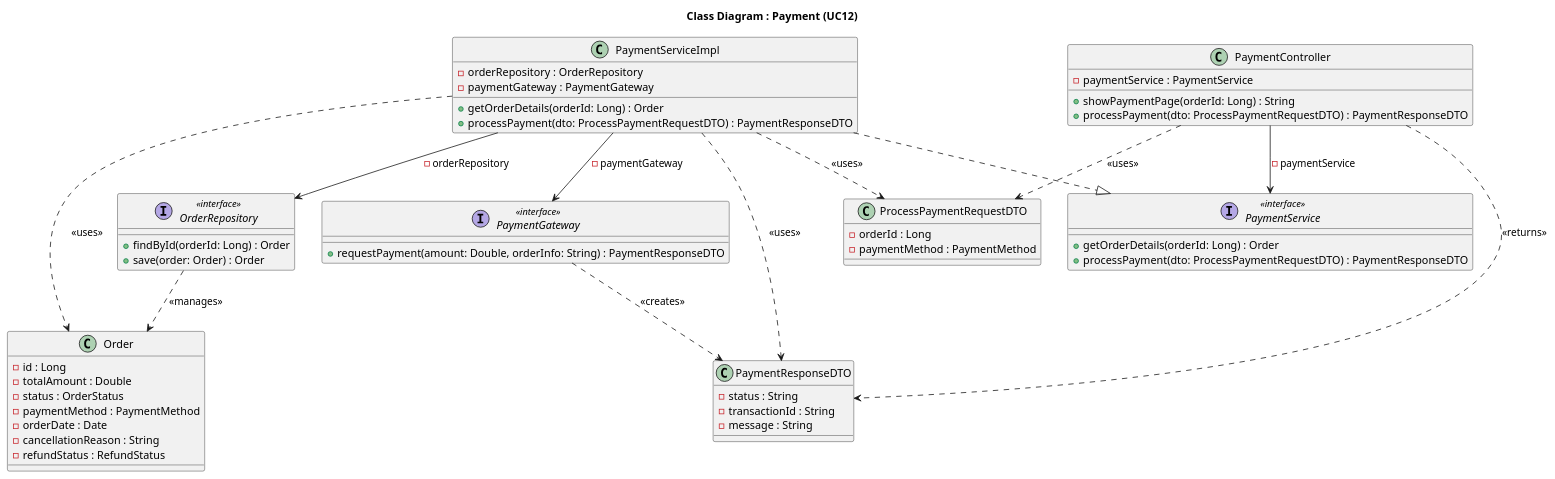
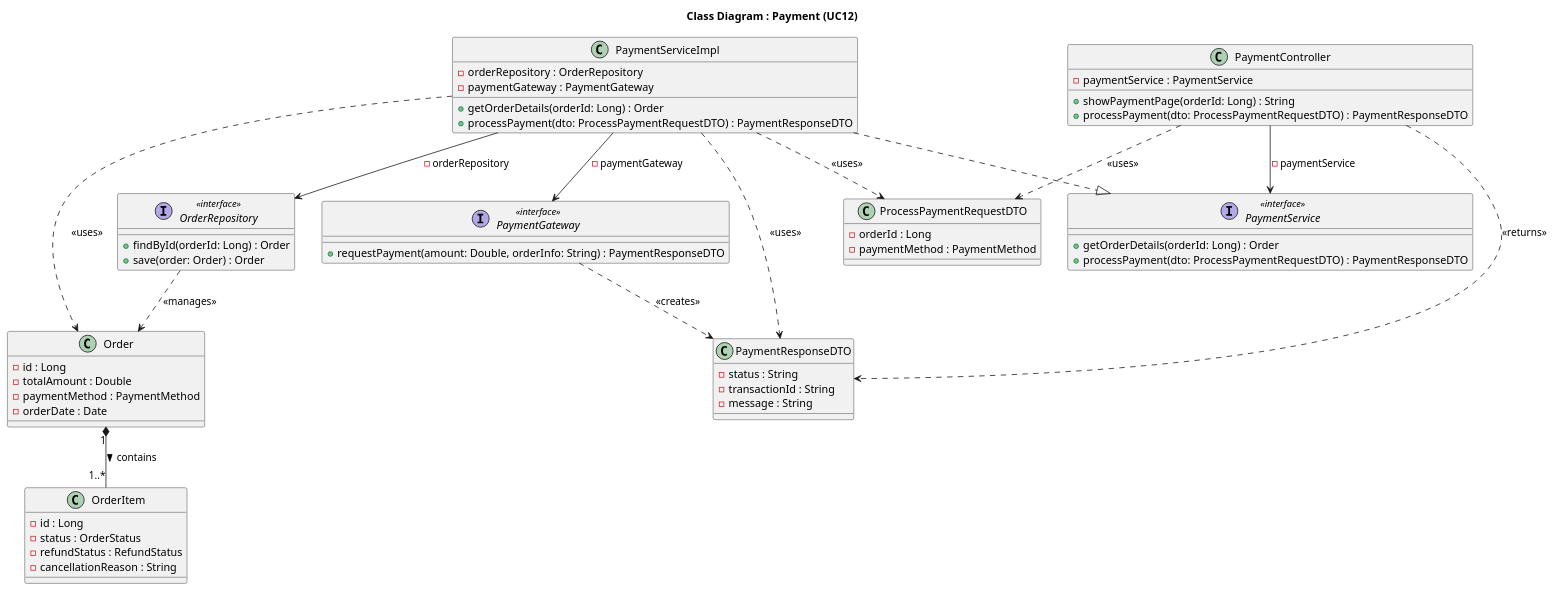
One commit to Peterdir/fashion-store-system changed the diagram in src/main/java/org/example/fashionstoresystem/uml/Class/CD12_Payment.puml. Above: the diagram before and after it, drawn with PlantUML. The commit also changed 13 other files, not shown here.

Commit message:
Update DTO and UML

```diff
--- a/src/main/java/org/example/fashionstoresystem/uml/Class/CD12_Payment.puml
+++ b/src/main/java/org/example/fashionstoresystem/uml/Class/CD12_Payment.puml
@@ -1,80 +1,86 @@
 @startuml
 title Class Diagram : Payment (UC12)
 
 ' Controller
 class PaymentController {
     - paymentService : PaymentService
     + showPaymentPage(orderId: Long) : String
     + processPayment(dto: ProcessPaymentRequestDTO) : PaymentResponseDTO
 }
 
 ' Service
 interface PaymentService <<interface>> {
     + getOrderDetails(orderId: Long) : Order
     + processPayment(dto: ProcessPaymentRequestDTO) : PaymentResponseDTO
 }
 
 class PaymentServiceImpl {
     - orderRepository : OrderRepository
     - paymentGateway : PaymentGateway
     + getOrderDetails(orderId: Long) : Order
     + processPayment(dto: ProcessPaymentRequestDTO) : PaymentResponseDTO
 }
 
 ' External Gateway Service
 interface PaymentGateway <<interface>> {
     + requestPayment(amount: Double, orderInfo: String) : PaymentResponseDTO
 }
 
 ' Repository
 interface OrderRepository <<interface>> {
     + findById(orderId: Long) : Order
     + save(order: Order) : Order
 }
 
 ' DTO
 
 class ProcessPaymentRequestDTO {
     - orderId : Long
     - paymentMethod : PaymentMethod
 }
 
 class PaymentResponseDTO {
     - status : String
     - transactionId : String
     - message : String
 }
 
 ' Entity
 
 class Order {
     - id : Long
     - totalAmount : Double
-    - status : OrderStatus
     - paymentMethod : PaymentMethod
     - orderDate : Date
+}
+
+class OrderItem {
+    - id : Long
+    - status : OrderStatus
+    - refundStatus : RefundStatus
     - cancellationReason : String
-    - refundStatus : RefundStatus
 }
+
+Order "1" *-- "1..*" OrderItem : contains >
 
 ' Relationships
 
 ' Class implement Interface
 PaymentServiceImpl ..|> PaymentService
 
 ' Dependency Injection
 PaymentController --> PaymentService : - paymentService
 PaymentServiceImpl --> OrderRepository : - orderRepository
 PaymentServiceImpl --> PaymentGateway : - paymentGateway
 
 ' Object Usage
 PaymentController ..> ProcessPaymentRequestDTO : <<uses>>
 PaymentController ..> PaymentResponseDTO : <<returns>>
 PaymentServiceImpl ..> ProcessPaymentRequestDTO : <<uses>>
 PaymentServiceImpl ..> Order : <<uses>>
 OrderRepository ..> Order : <<manages>>
 
 PaymentGateway ..> PaymentResponseDTO : <<creates>>
 PaymentServiceImpl ..> PaymentResponseDTO : <<uses>>
 
 @enduml
```
